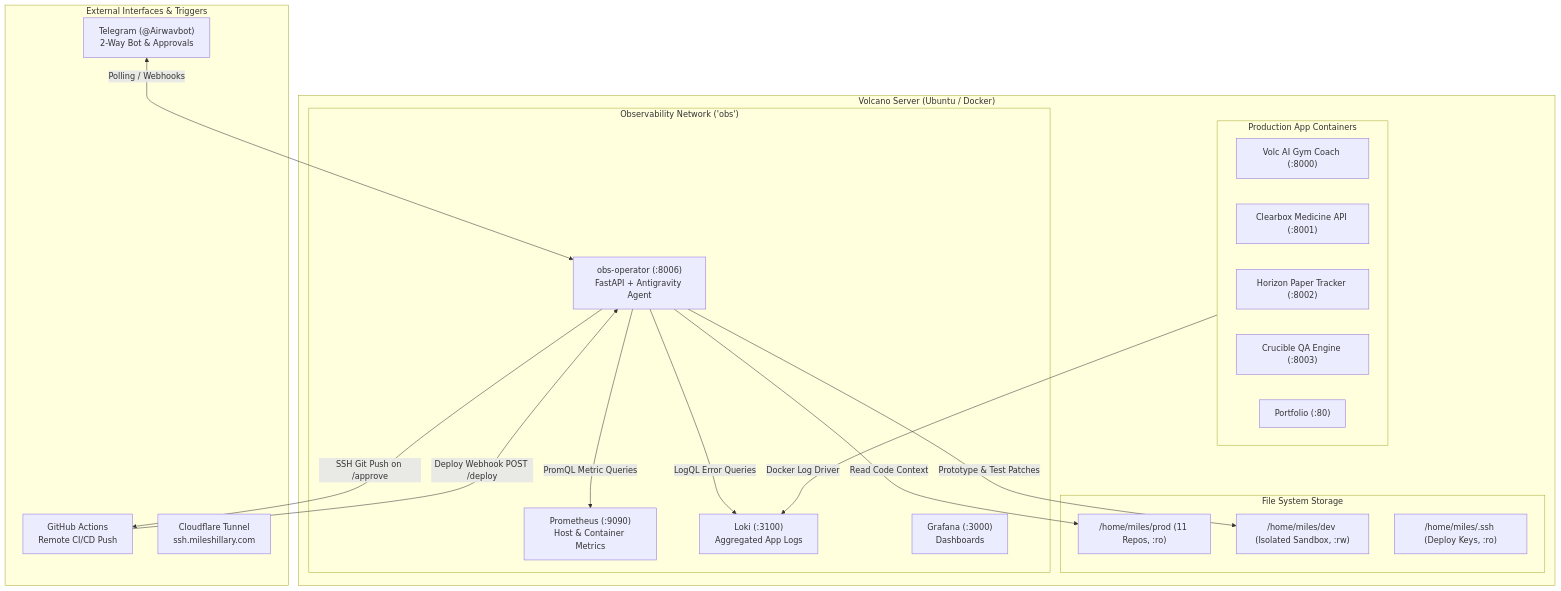
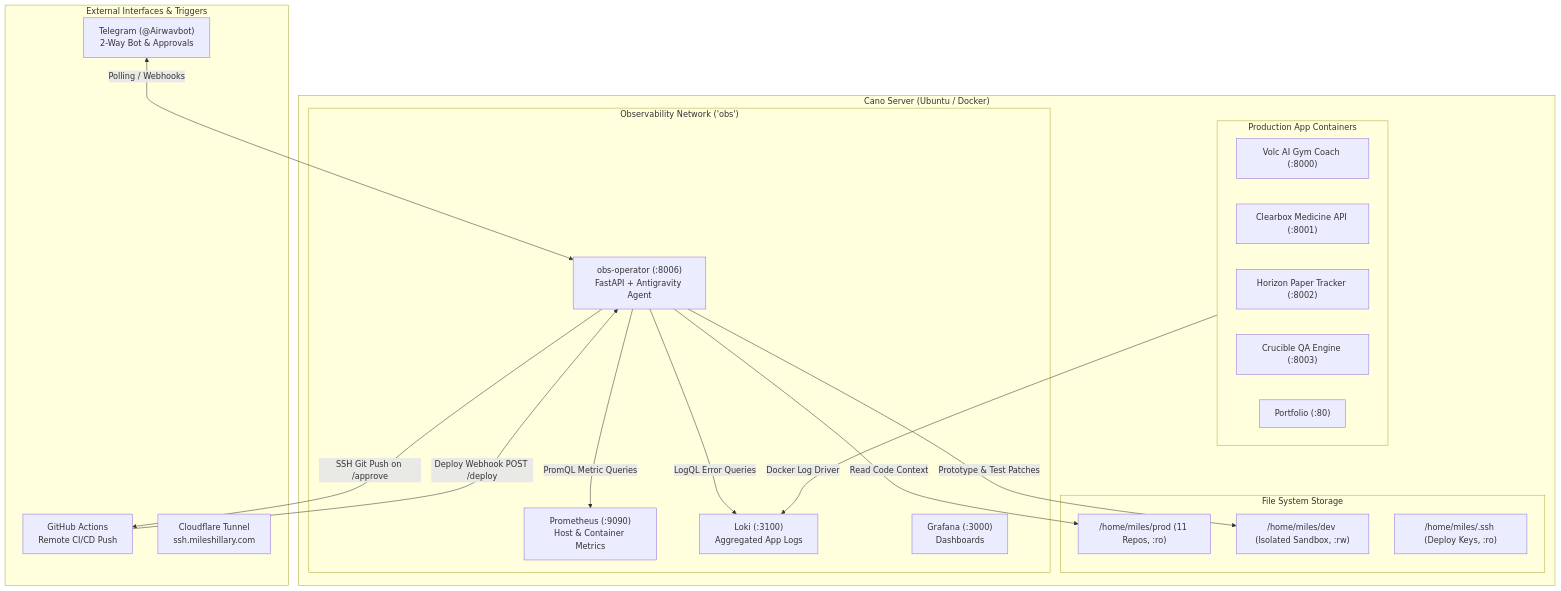
The diagram in docs/ARCHITECTURE.md (d00mkeeps/observer), drawn with Mermaid before and after one commit. The commit also changed other lines of this file and 22 other files, not shown here.

Commit message:
chore(infra): rename Volcano server and fleet references to Cano

````diff
--- a/docs/ARCHITECTURE.md
+++ b/docs/ARCHITECTURE.md
@@ -8,40 +8,40 @@
 ```mermaid
 graph TD
-    subgraph Volcano_Host["Volcano Server (Ubuntu / Docker)"]
+    subgraph Cano_Host["Cano Server (Ubuntu / Docker)"]
         subgraph Code_Spaces["File System Storage"]
             PROD["/home/miles/prod (11 Repos, :ro)"]
             DEV["/home/miles/dev (Isolated Sandbox, :rw)"]
             SSH["/home/miles/.ssh (Deploy Keys, :ro)"]
         end
 
         subgraph Observability_Mesh["Observability Network ('obs')"]
             PROM["Prometheus (:9090)<br/>Host & Container Metrics"]
             LOKI["Loki (:3100)<br/>Aggregated App Logs"]
             GRAF["Grafana (:3000)<br/>Dashboards"]
             OPERATOR["obs-operator (:8006)<br/>FastAPI + Antigravity Agent"]
         end
 
         subgraph Fleet["Production App Containers"]
             VOLC["Volc AI Gym Coach (:8000)"]
             CLEARBOX["Clearbox Medicine API (:8001)"]
             HORIZON["Horizon Paper Tracker (:8002)"]
             QA["Crucible QA Engine (:8003)"]
             PORTFOLIO["Portfolio (:80)"]
         end
     end
 
     subgraph External["External Interfaces & Triggers"]
         TELEGRAM["Telegram (@Airwavbot)<br/>2-Way Bot & Approvals"]
         GH_ACTIONS["GitHub Actions<br/>Remote CI/CD Push"]
         CF_TUNNEL["Cloudflare Tunnel<br/>ssh.mileshillary.com"]
     end
 
     TELEGRAM <-->|Polling / Webhooks| OPERATOR
     GH_ACTIONS -->|Deploy Webhook POST /deploy| OPERATOR
     OPERATOR -->|LogQL Error Queries| LOKI
     OPERATOR -->|PromQL Metric Queries| PROM
     OPERATOR -->|Read Code Context| PROD
     OPERATOR -->|Prototype & Test Patches| DEV
     OPERATOR -->|SSH Git Push on /approve| GH_ACTIONS
     Fleet -->|Docker Log Driver| LOKI
 ```
````
